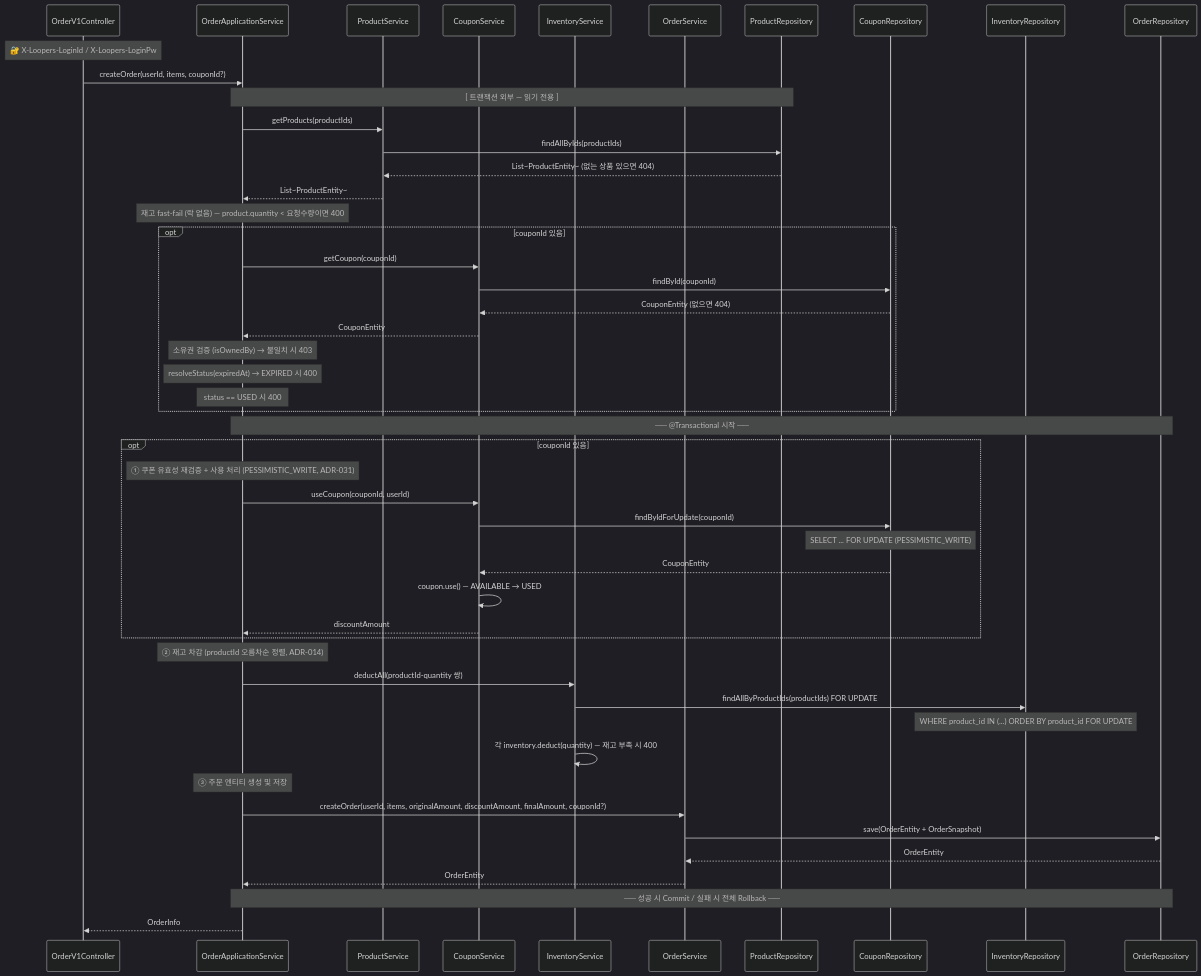
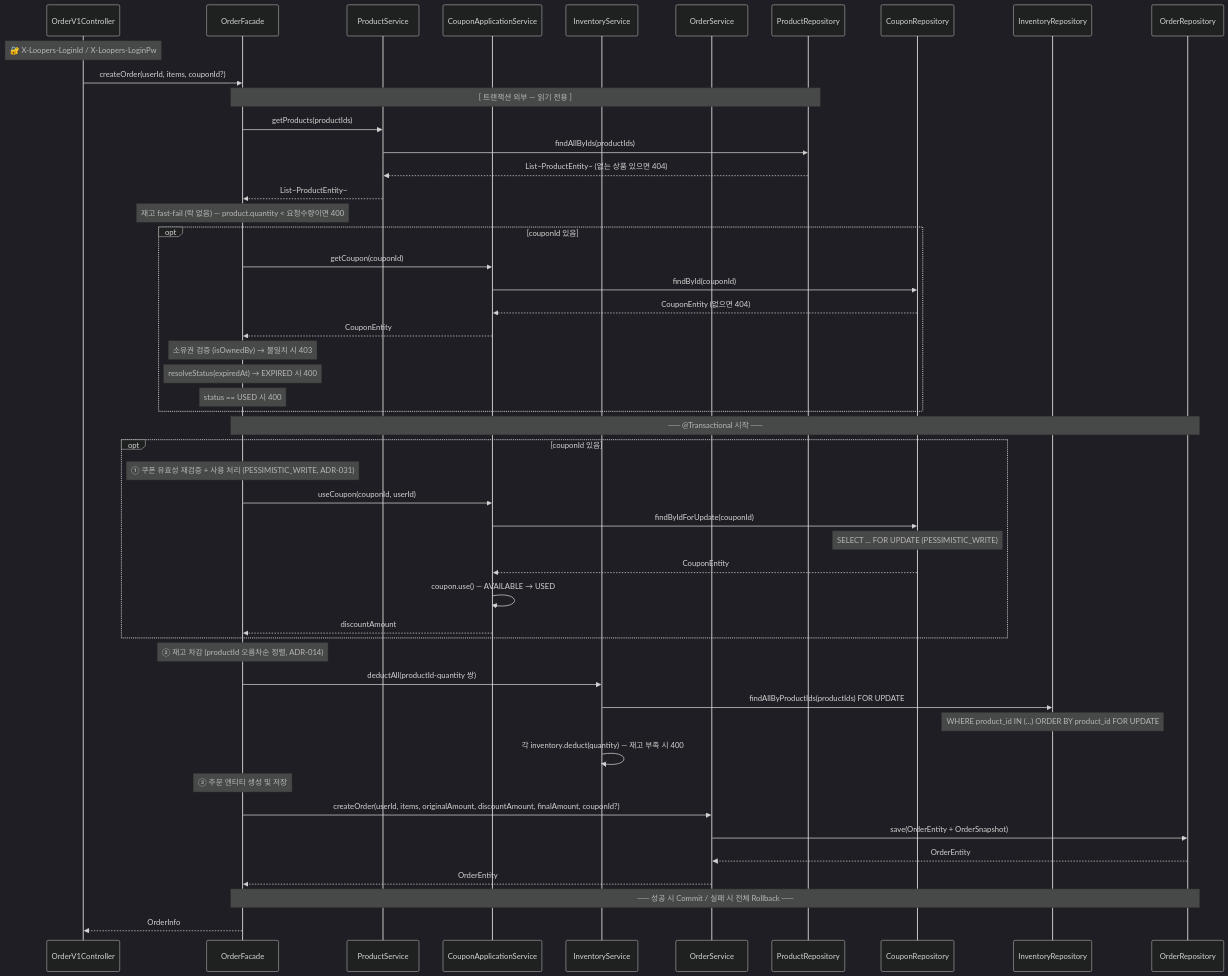
Before and after one commit to loopers-labs/loop-pack-be-l2-vol4-java: the eighth of 8 diagrams in docs/02-sequence-diagrams.md, drawn with Mermaid (dark theme). The commit also changed 1 other file, not shown here.

Commit message:
docs: Coupon 요구사항 Q&A 반영 및 API 정리
- API: CouponTemplate 조회(Admin), 템플릿 수정/삭제 추가
- API: /api/v1/coupons/{couponTemplateId}/issue (유저 self-issue)로 확정
- 시퀀스 다이어그램: OrderApplicationService → OrderFacade 수정 (기존 도메인 Facade 유지)
- 비즈니스 로직: 템플릿 삭제 연쇄 soft delete, 수정 불가 필드(type, value) 정의

````diff
--- a/docs/02-sequence-diagrams.md
+++ b/docs/02-sequence-diagrams.md
@@ -231,63 +231,63 @@
 ```mermaid
 sequenceDiagram
     Note over OrderV1Controller: 🔐 X-Loopers-LoginId / X-Loopers-LoginPw
     participant OrderV1Controller
-    participant OrderApplicationService
+    participant OrderFacade
     participant ProductService
-    participant CouponService
+    participant CouponApplicationService
     participant InventoryService
     participant OrderService
     participant ProductRepository
     participant CouponRepository
     participant InventoryRepository
     participant OrderRepository
 
-    OrderV1Controller->>OrderApplicationService: createOrder(userId, items, couponId?)
+    OrderV1Controller->>OrderFacade: createOrder(userId, items, couponId?)
 
-    Note over OrderApplicationService,ProductRepository: [ 트랜잭션 외부 — 읽기 전용 ]
+    Note over OrderFacade,ProductRepository: [ 트랜잭션 외부 — 읽기 전용 ]
 
-    OrderApplicationService->>ProductService: getProducts(productIds)
+    OrderFacade->>ProductService: getProducts(productIds)
     ProductService->>ProductRepository: findAllByIds(productIds)
     ProductRepository-->>ProductService: List~ProductEntity~ (없는 상품 있으면 404)
-    ProductService-->>OrderApplicationService: List~ProductEntity~
+    ProductService-->>OrderFacade: List~ProductEntity~
 
-    Note over OrderApplicationService: 재고 fast-fail (락 없음) — product.quantity < 요청수량이면 400
+    Note over OrderFacade: 재고 fast-fail (락 없음) — product.quantity < 요청수량이면 400
 
     opt couponId 있음
-        OrderApplicationService->>CouponService: getCoupon(couponId)
-        CouponService->>CouponRepository: findById(couponId)
-        CouponRepository-->>CouponService: CouponEntity (없으면 404)
-        CouponService-->>OrderApplicationService: CouponEntity
-        Note over OrderApplicationService: 소유권 검증 (isOwnedBy) → 불일치 시 403
-        Note over OrderApplicationService: resolveStatus(expiredAt) → EXPIRED 시 400
-        Note over OrderApplicationService: status == USED 시 400
+        OrderFacade->>CouponApplicationService: getCoupon(couponId)
+        CouponApplicationService->>CouponRepository: findById(couponId)
+        CouponRepository-->>CouponApplicationService: CouponEntity (없으면 404)
+        CouponApplicationService-->>OrderFacade: CouponEntity
+        Note over OrderFacade: 소유권 검증 (isOwnedBy) → 불일치 시 403
+        Note over OrderFacade: resolveStatus(expiredAt) → EXPIRED 시 400
+        Note over OrderFacade: status == USED 시 400
     end
 
-    Note over OrderApplicationService,OrderRepository: ── @Transactional 시작 ──
+    Note over OrderFacade,OrderRepository: ── @Transactional 시작 ──
 
     opt couponId 있음
-        Note over OrderApplicationService: ① 쿠폰 유효성 재검증 + 사용 처리 (PESSIMISTIC_WRITE, ADR-031)
-        OrderApplicationService->>CouponService: useCoupon(couponId, userId)
-        CouponService->>CouponRepository: findByIdForUpdate(couponId)
+        Note over OrderFacade: ① 쿠폰 유효성 재검증 + 사용 처리 (PESSIMISTIC_WRITE, ADR-031)
+        OrderFacade->>CouponApplicationService: useCoupon(couponId, userId)
+        CouponApplicationService->>CouponRepository: findByIdForUpdate(couponId)
         Note over CouponRepository: SELECT ... FOR UPDATE (PESSIMISTIC_WRITE)
-        CouponRepository-->>CouponService: CouponEntity
-        CouponService->>CouponService: coupon.use() — AVAILABLE → USED
-        CouponService-->>OrderApplicationService: discountAmount
+        CouponRepository-->>CouponApplicationService: CouponEntity
+        CouponApplicationService->>CouponApplicationService: coupon.use() — AVAILABLE → USED
+        CouponApplicationService-->>OrderFacade: discountAmount
     end
 
-    Note over OrderApplicationService: ② 재고 차감 (productId 오름차순 정렬, ADR-014)
-    OrderApplicationService->>InventoryService: deductAll(productId-quantity 쌍)
+    Note over OrderFacade: ② 재고 차감 (productId 오름차순 정렬, ADR-014)
+    OrderFacade->>InventoryService: deductAll(productId-quantity 쌍)
     InventoryService->>InventoryRepository: findAllByProductIds(productIds) FOR UPDATE
     Note over InventoryRepository: WHERE product_id IN (...) ORDER BY product_id FOR UPDATE
     InventoryService->>InventoryService: 각 inventory.deduct(quantity) — 재고 부족 시 400
 
-    Note over OrderApplicationService: ③ 주문 엔티티 생성 및 저장
-    OrderApplicationService->>OrderService: createOrder(userId, items, originalAmount, discountAmount, finalAmount, couponId?)
+    Note over OrderFacade: ③ 주문 엔티티 생성 및 저장
+    OrderFacade->>OrderService: createOrder(userId, items, originalAmount, discountAmount, finalAmount, couponId?)
     OrderService->>OrderRepository: save(OrderEntity + OrderSnapshot)
     OrderRepository-->>OrderService: OrderEntity
-    OrderService-->>OrderApplicationService: OrderEntity
+    OrderService-->>OrderFacade: OrderEntity
 
-    Note over OrderApplicationService,OrderRepository: ── 성공 시 Commit / 실패 시 전체 Rollback ──
+    Note over OrderFacade,OrderRepository: ── 성공 시 Commit / 실패 시 전체 Rollback ──
 
-    OrderApplicationService-->>OrderV1Controller: OrderInfo
+    OrderFacade-->>OrderV1Controller: OrderInfo
 ```
````
